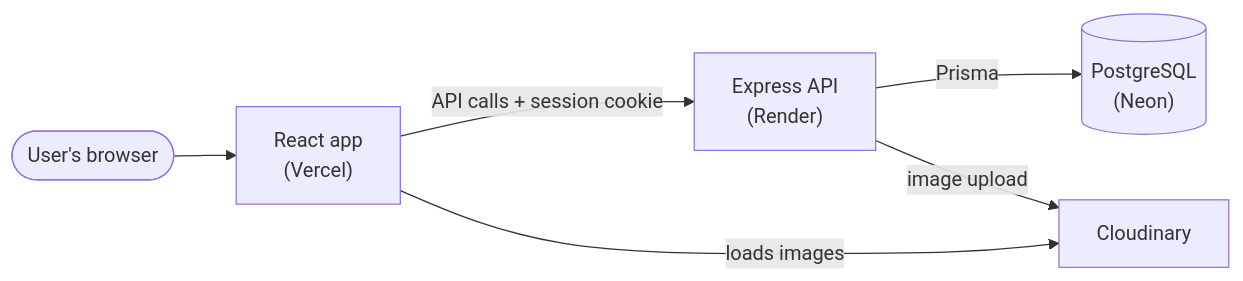
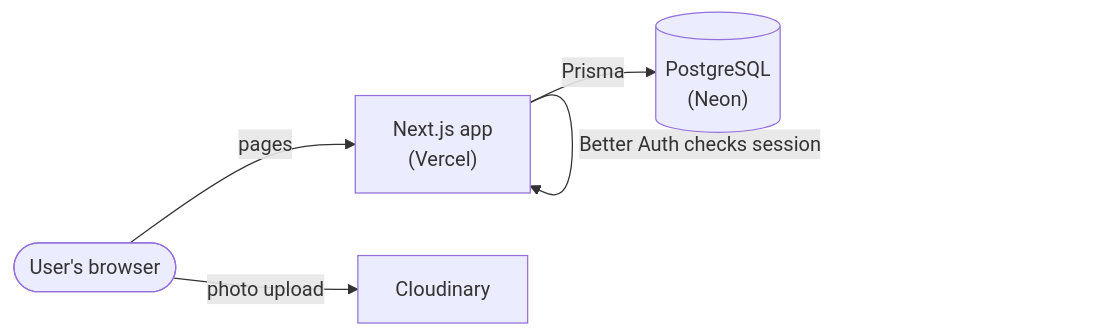
Before and after one commit to ChidumagaOkoyeuzu/DevOps: the diagram in TECH_STACK.md, drawn with Mermaid. The commit also changed other lines of this file and 1 other file, not shown here.

````diff
--- a/TECH_STACK.md
+++ b/TECH_STACK.md
@@ -26,8 +23,7 @@
 ```mermaid
 flowchart LR
-  user([User's browser]) --> fe["React app<br/>(Vercel)"]
-  fe -->|API calls + session cookie| api["Express API<br/>(Render)"]
-  api -->|Prisma| db[("PostgreSQL<br/>(Neon)")]
-  api -->|image upload| cdn["Cloudinary"]
-  fe -->|loads images| cdn
+  user([User's browser]) -->|pages| next["Next.js app<br/>(Vercel)"]
+  user -->|photo upload| cdn["Cloudinary"]
+  next -->|Better Auth checks session| next
+  next -->|Prisma| db[("PostgreSQL<br/>(Neon)")]
 ```
````
